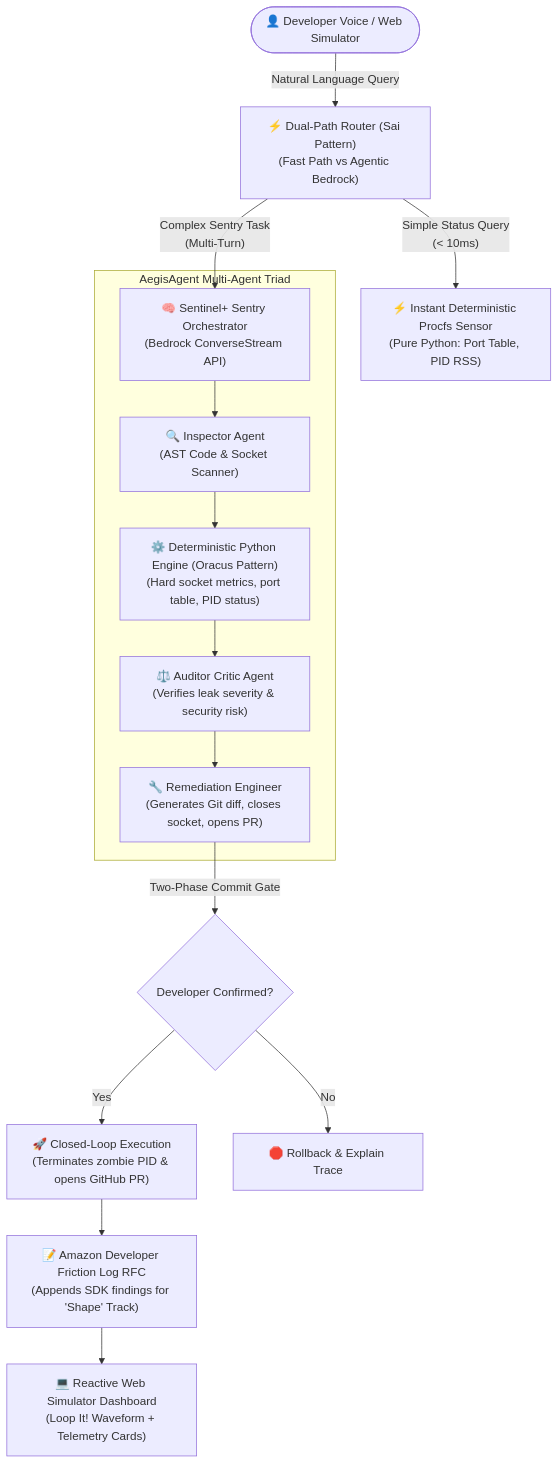
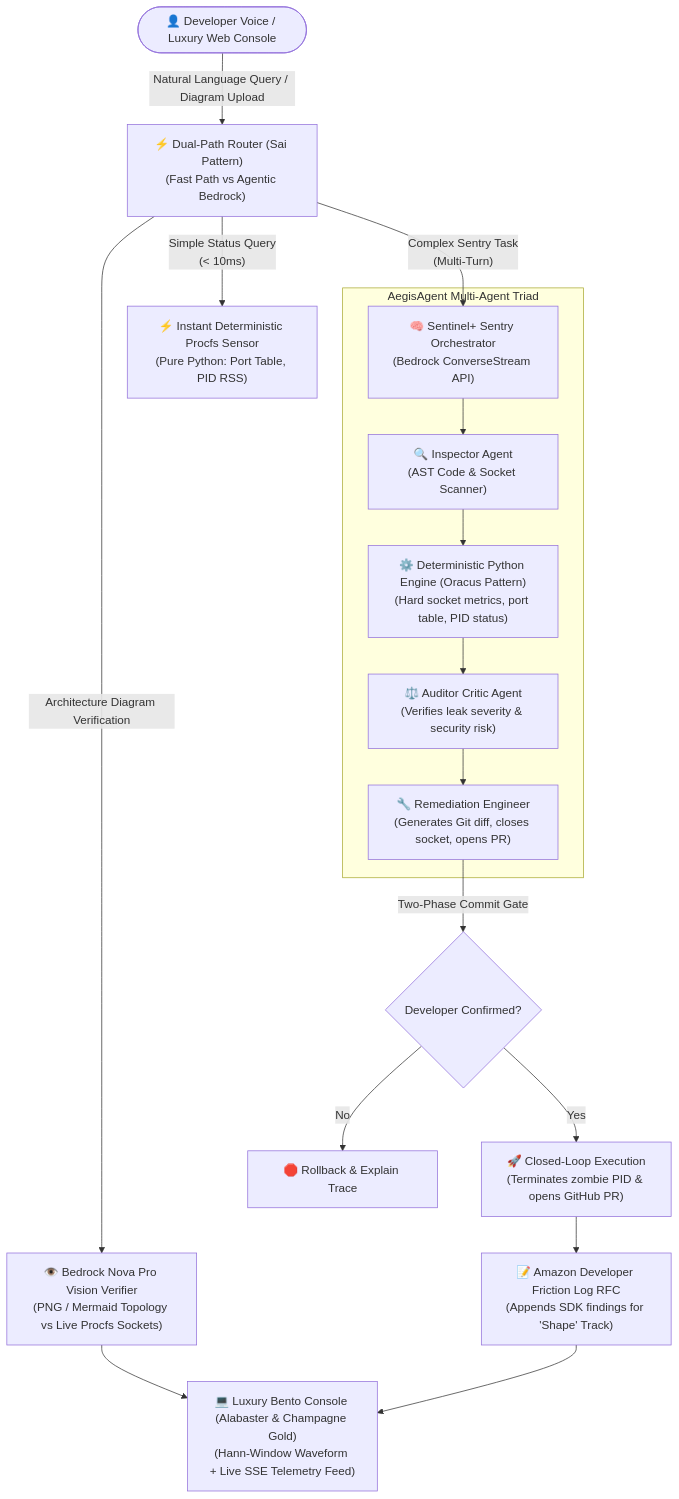
One commit to iPranjalDas/amazon-bedrock-hackathon changed the diagram in README.md. Above: the diagram before and after it, drawn with Mermaid. The commit also changed other lines of this file and 7 other files, not shown here.

````diff
--- a/README.md
+++ b/README.md
@@ -34,21 +37,23 @@
 ```mermaid
 flowchart TD
-    User(["👤 Developer Voice / Web Simulator"]) -->|"Natural Language Query"| Router["⚡ Dual-Path Router (Sai Pattern)\n(Fast Path vs Agentic Bedrock)"]
+    User(["👤 Developer Voice / Luxury Web Console"]) -->|"Natural Language Query / Diagram Upload"| Router["⚡ Dual-Path Router (Sai Pattern)\n(Fast Path vs Agentic Bedrock)"]
     
     Router -->|"Simple Status Query\n(< 10ms)"| FastExec["⚡ Instant Deterministic Procfs Sensor\n(Pure Python: Port Table, PID RSS)"]
+    Router -->|"Architecture Diagram Verification"| VisionEngine["👁️ Bedrock Nova Pro Vision Verifier\n(PNG / Mermaid Topology vs Live Procfs Sockets)"]
     Router -->|"Complex Sentry Task\n(Multi-Turn)"| Orchestrator["🧠 Sentinel+ Sentry Orchestrator\n(Bedrock ConverseStream API)"]
     
     subgraph MultiAgentLoop ["AegisAgent Multi-Agent Triad"]
         Orchestrator --> Agent1["🔍 Inspector Agent\n(AST Code & Socket Scanner)"]
         Agent1 --> Engine["⚙️ Deterministic Python Engine (Oracus Pattern)\n(Hard socket metrics, port table, PID status)"]
         Engine --> Agent2["⚖️ Auditor Critic Agent\n(Verifies leak severity & security risk)"]
         Agent2 --> Agent3["🔧 Remediation Engineer\n(Generates Git diff, closes socket, opens PR)"]
     end
     
     Agent3 -->|"Two-Phase Commit Gate"| Gate{"Developer Confirmed?"}
     Gate -->|Yes| Action["🚀 Closed-Loop Execution\n(Terminates zombie PID & opens GitHub PR)"]
     Gate -->|No| Abort["🛑 Rollback & Explain Trace"]
     
+    VisionEngine --> Dashboard["💻 Luxury Bento Console (Alabaster & Champagne Gold)\n(Hann-Window Waveform + Live SSE Telemetry Feed)"]
     Action --> Feedback["📝 Amazon Developer Friction Log RFC\n(Appends SDK findings for 'Shape' Track)"]
-    Feedback --> Dashboard["💻 Reactive Web Simulator Dashboard\n(Loop It! Waveform + Telemetry Cards)"]
+    Feedback --> Dashboard
 ```
````
